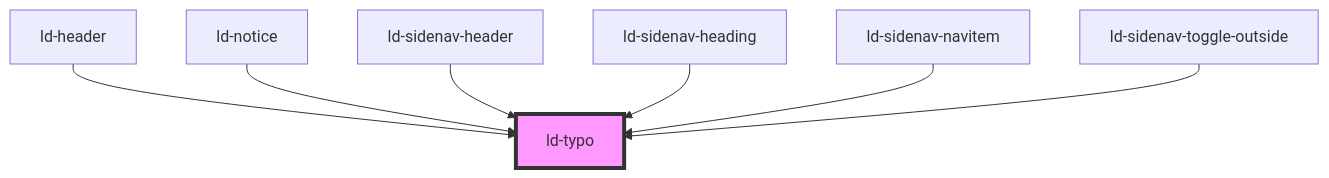
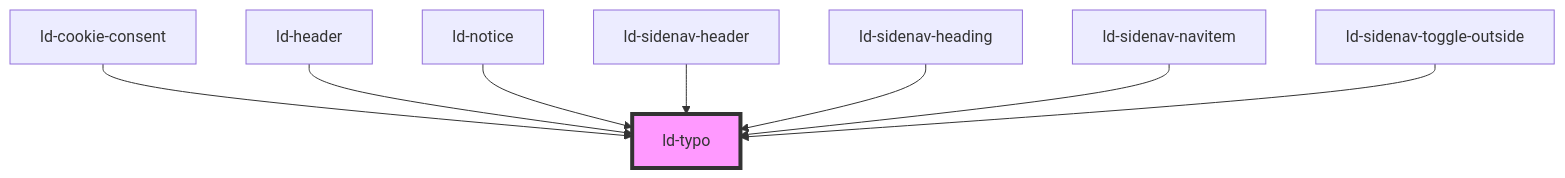
The diagram in src/liquid/components/ld-typo/readme.md (emdgroup-liquid/liquid), drawn with Mermaid before and after one commit. The commit also changed other lines of this file and 41 other files, not shown here.

Commit message:
feat(ld-cookie-consent): component which helps to comply with privacy regulations

````diff
--- a/src/liquid/components/ld-typo/readme.md
+++ b/src/liquid/components/ld-typo/readme.md
@@ -431,10 +432,11 @@
 ```mermaid
 graph TD;
+  ld-cookie-consent --> ld-typo
   ld-header --> ld-typo
   ld-notice --> ld-typo
   ld-sidenav-header --> ld-typo
   ld-sidenav-heading --> ld-typo
   ld-sidenav-navitem --> ld-typo
   ld-sidenav-toggle-outside --> ld-typo
   style ld-typo fill:#f9f,stroke:#333,stroke-width:4px
 ```
````
